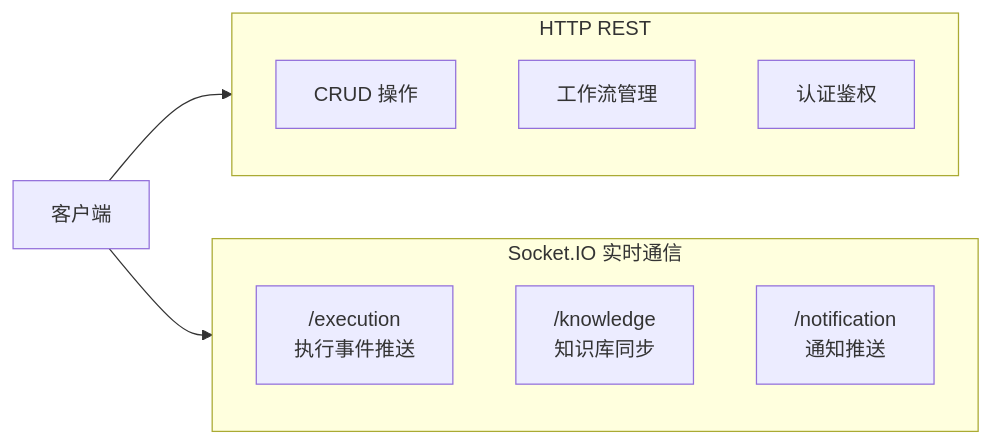
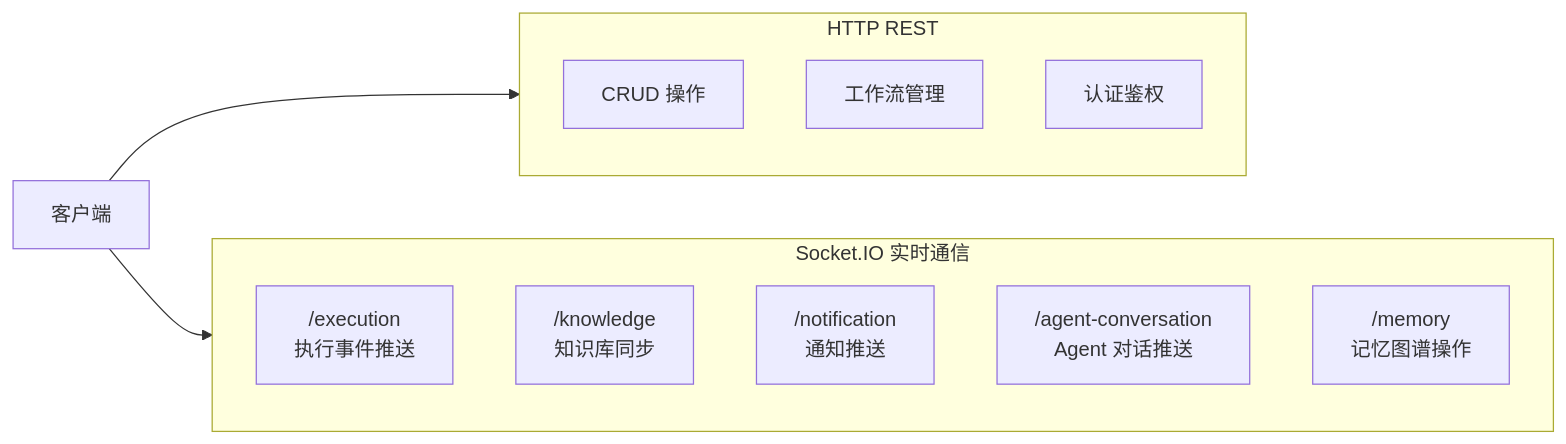
The second of 4 diagrams in agentloom-docs/zh/guide/architecture.md (Lynricsy/AgentLoom), drawn with Mermaid before and after one commit. The commit also changed other lines of this file and 25 other files, not shown here.

````diff
--- a/agentloom-docs/zh/guide/architecture.md
+++ b/agentloom-docs/zh/guide/architecture.md
@@ -56,17 +56,19 @@
 ```mermaid
 flowchart LR
     subgraph REST["HTTP REST"]
         R1["CRUD 操作"]
         R2["工作流管理"]
         R3["认证鉴权"]
     end
 
     subgraph WS["Socket.IO 实时通信"]
         W1["/execution<br/>执行事件推送"]
         W2["/knowledge<br/>知识库同步"]
         W3["/notification<br/>通知推送"]
+        W4["/agent-conversation<br/>Agent 对话推送"]
+        W5["/memory<br/>记忆图谱操作"]
     end
 
     Client["客户端"] --> REST
     Client --> WS
 ```
````
